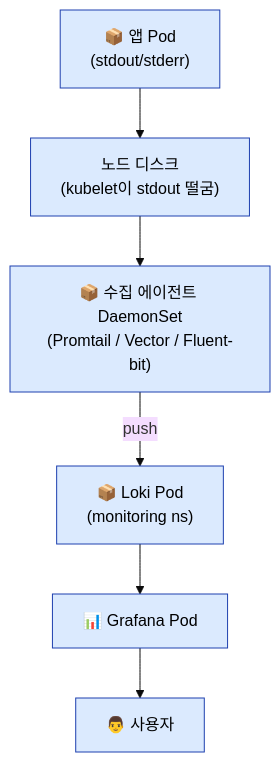
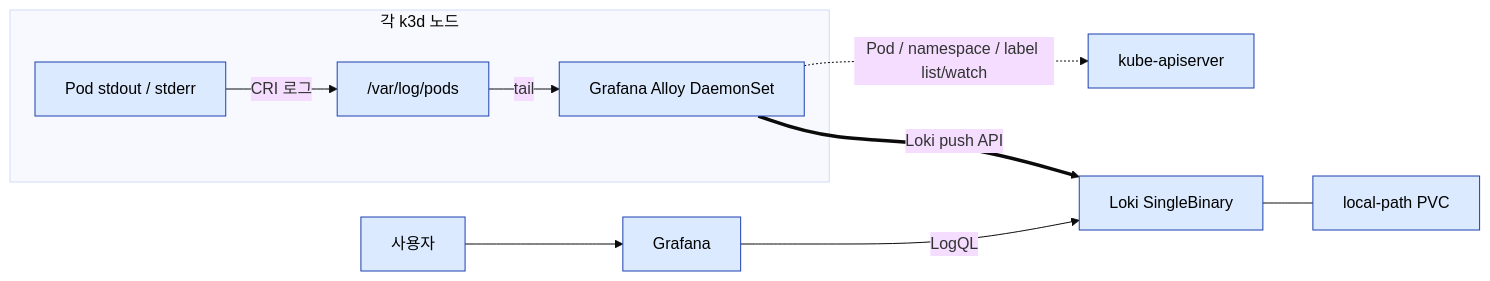
Diagram 12 of 14 in _wiki/homelab.md (currenjin/currenjin.github.io), drawn with Mermaid (base theme) before and after one commit. The commit also changed other lines of this file and 1 other file, not shown here.

Commit message:
docs: define phase 7 observability architecture

````diff
--- a/_wiki/homelab.md
+++ b/_wiki/homelab.md
@@ -485,14 +508,24 @@
 ```mermaid
-flowchart TB
-  Pod["📦 앱 Pod<br/>(stdout/stderr)"]
-  Disk["노드 디스크<br/>(kubelet이 stdout 떨굼)"]
-  Agent["📦 수집 에이전트 DaemonSet<br/>(Promtail / Vector / Fluent-bit)"]
-  Loki["📦 Loki Pod<br/>(monitoring ns)"]
-  Graf["📊 Grafana Pod"]
-  User["👨 사용자"]
+flowchart LR
+  API["kube-apiserver"]
+  User["사용자"]
+  Graf["Grafana"]
 
-  Pod --> Disk --> Agent -- push --> Loki --> Graf --> User
+  subgraph Node["각 k3d 노드"]
+    Pod["Pod stdout / stderr"]
+    Files["/var/log/pods"]
+    Alloy["Grafana Alloy DaemonSet"]
+    Pod --> |CRI 로그| Files --> |tail| Alloy
+  end
+
+  Loki["Loki SingleBinary"]
+  PVC["local-path PVC"]
+
+  Alloy -. "Pod / namespace / label list/watch" .-> API
+  Alloy == "Loki push API" ==> Loki
+  Loki --- PVC
+  User --> Graf -- "LogQL" --> Loki
 
   classDef blue fill:#dbeafe,stroke:#1e40af,color:#000
-  class Pod,Disk,Agent,Loki,Graf,User blue
+  class API,User,Graf,Pod,Files,Alloy,Loki,PVC blue
 ```
````
